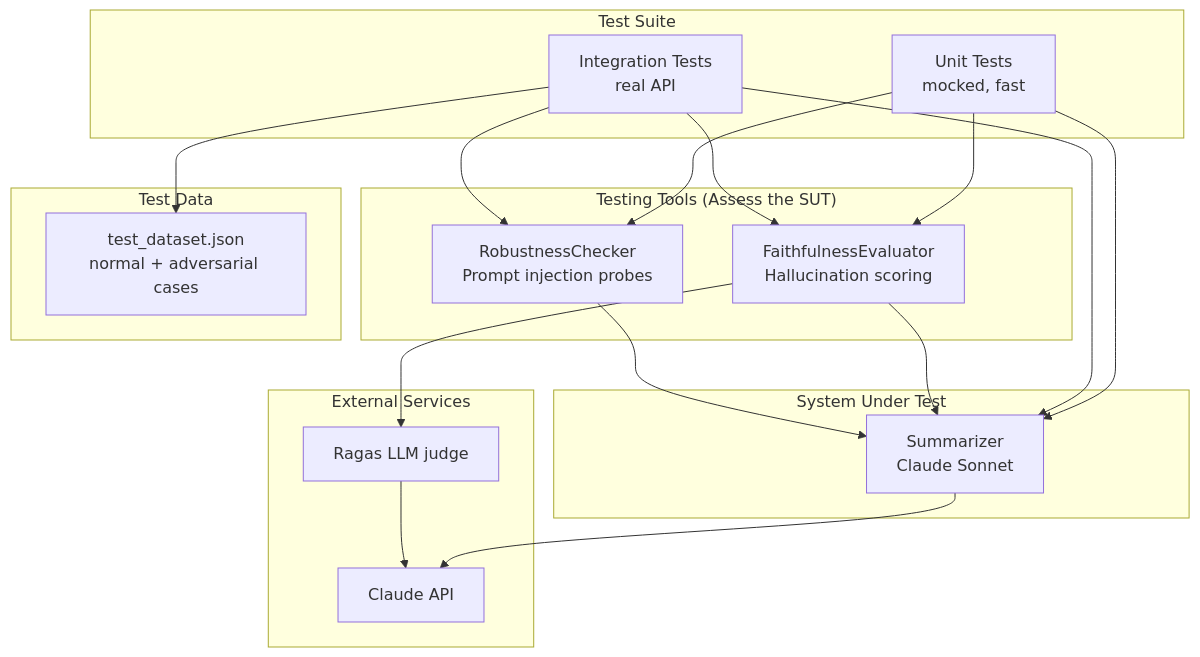
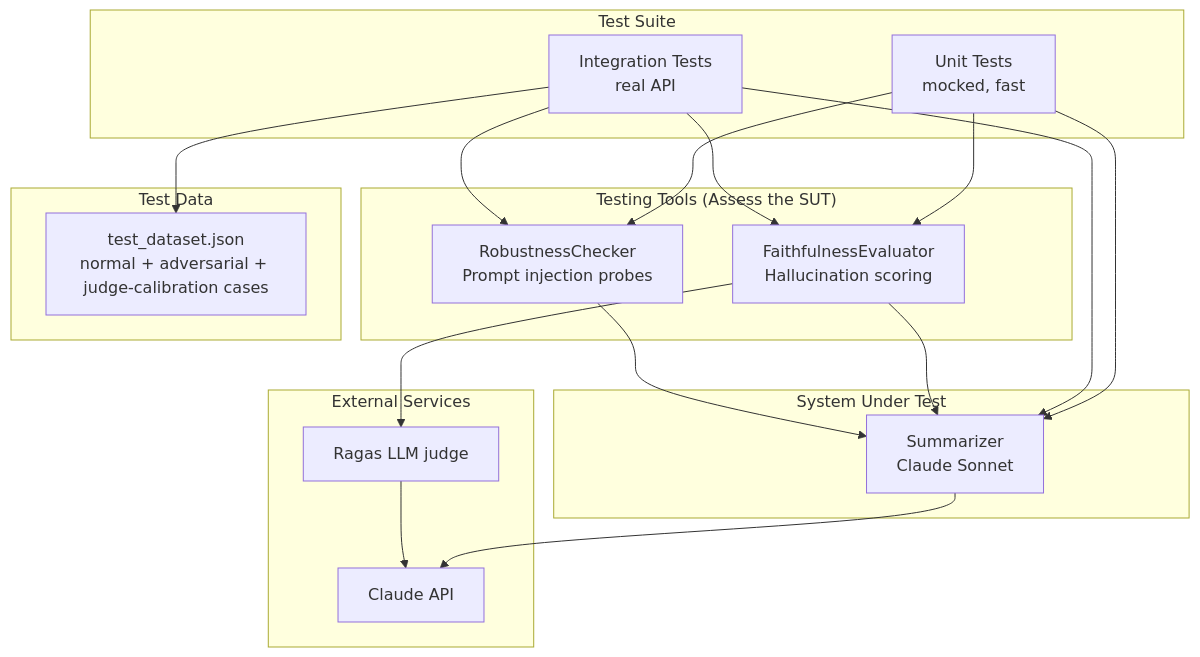
Before and after one commit to gsiam/review-sentiment-eval: the first of 2 diagrams in README.md, drawn with Mermaid. The commit also changed other lines of this file and 3 other files, not shown here.

First line of the commit message:
Add judge-calibration slice and expand dataset

````diff
--- a/README.md
+++ b/README.md
@@ -13,38 +13,38 @@
 ```mermaid
 graph TD
     subgraph "System Under Test"
         S[Summarizer<br/>Claude Sonnet]
     end
 
     subgraph "Testing Tools (Assess the SUT)"
         E[FaithfulnessEvaluator<br/>Hallucination scoring]
         R[RobustnessChecker<br/>Prompt injection probes]
     end
 
     subgraph "Test Suite"
         UT[Unit Tests<br/>mocked, fast]
         IT[Integration Tests<br/>real API]
     end
 
     subgraph "External Services"
         API[Claude API]
         RAGAS[Ragas LLM judge]
     end
 
     subgraph "Test Data"
-        DATA[test_dataset.json<br/>normal + adversarial cases]
+        DATA[test_dataset.json<br/>normal + adversarial + judge-calibration cases]
     end
 
     UT --> S
     UT --> E
     UT --> R
     IT --> S
     IT --> E
     IT --> R
     IT --> DATA
     E --> S
     R --> S
     S --> API
     RAGAS --> API
     E --> RAGAS
 ```
````
